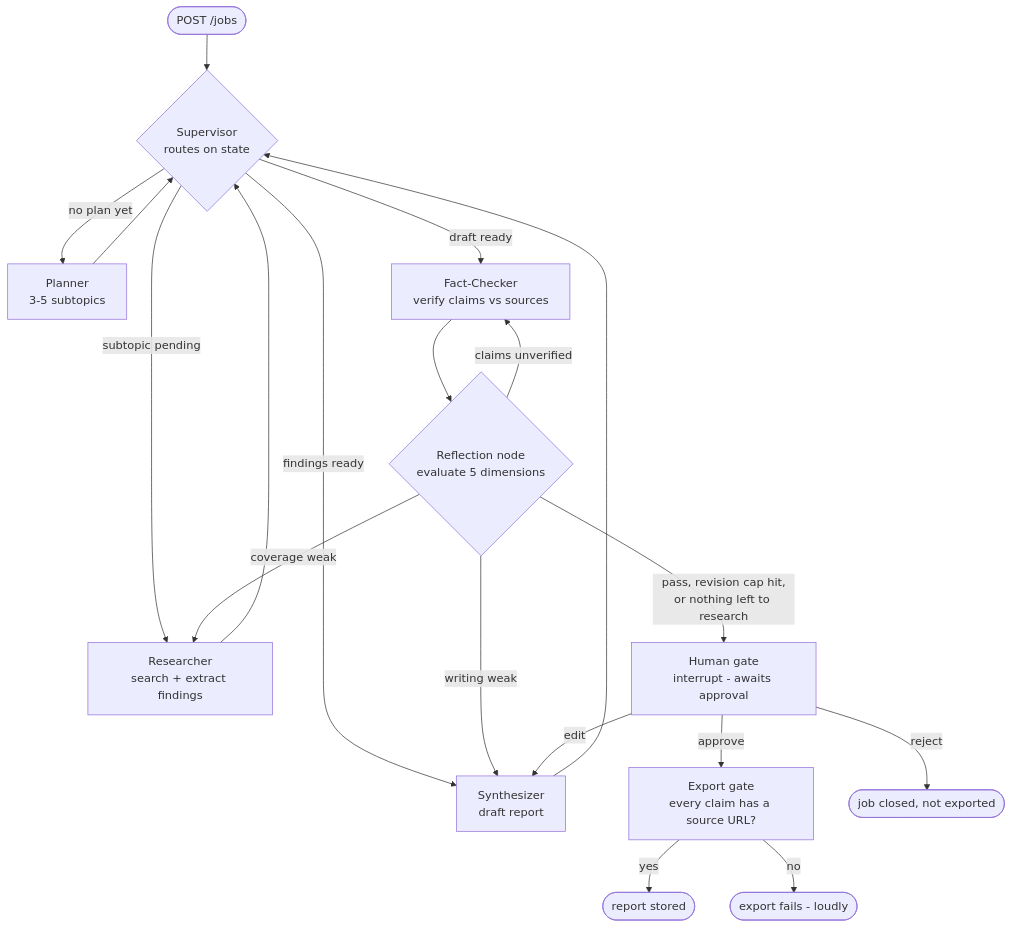
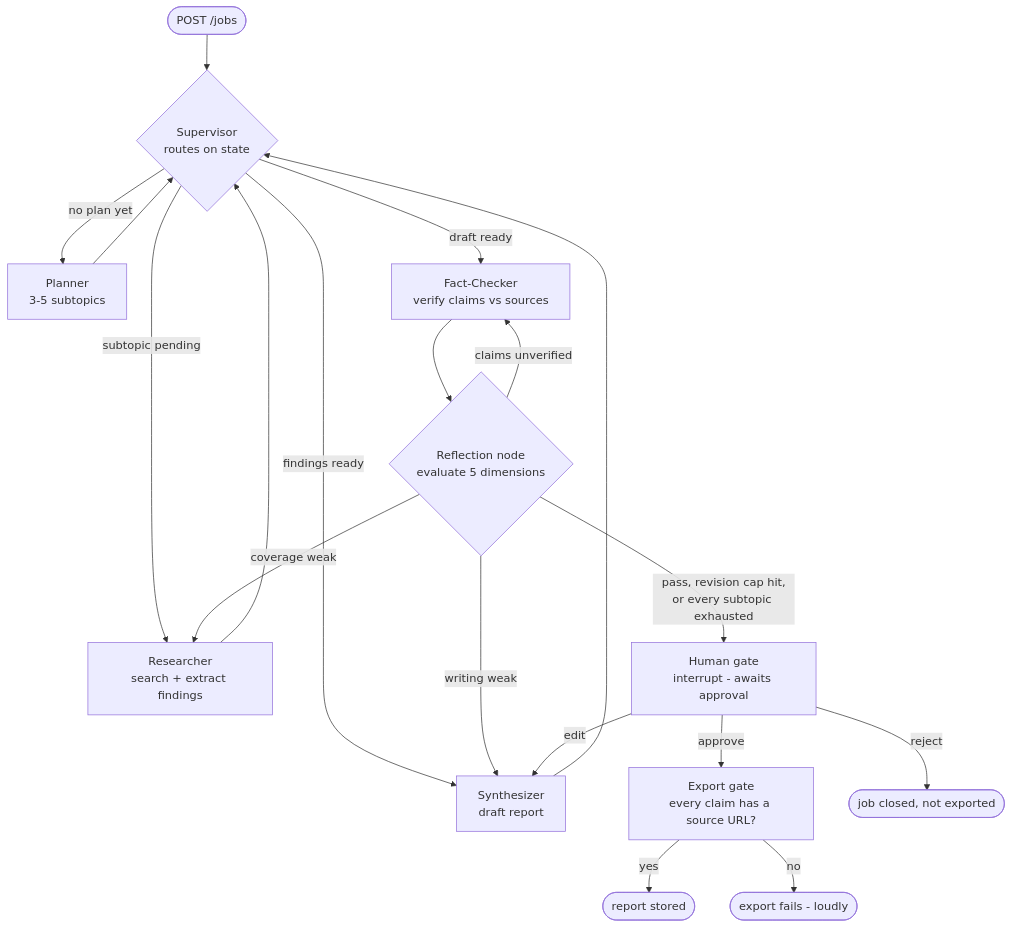
One commit to 02surajpatil02-afk/multi-agent-competitive-research-assistant changed the diagram in CLAUDE.md. Above: the diagram before and after it, drawn with Mermaid. The commit also changed other lines of this file and 4 other files, not shown here.

````diff
--- a/CLAUDE.md
+++ b/CLAUDE.md
@@ -120,26 +123,26 @@
 ```mermaid
 flowchart TD
     START(["POST /jobs"]) --> SUP{"Supervisor<br/>routes on state"}
 
     SUP -->|"no plan yet"| PLAN["Planner<br/>3-5 subtopics"]
     SUP -->|"subtopic pending"| RES["Researcher<br/>search + extract findings"]
     SUP -->|"findings ready"| SYN["Synthesizer<br/>draft report"]
     SUP -->|"draft ready"| FC["Fact-Checker<br/>verify claims vs sources"]
 
     PLAN --> SUP
     RES --> SUP
     SYN --> SUP
     FC --> REFL{"Reflection node<br/>evaluate 5 dimensions"}
 
     REFL -->|"coverage weak"| RES
     REFL -->|"writing weak"| SYN
     REFL -->|"claims unverified"| FC
-    REFL -->|"pass, revision cap hit,<br/>or nothing left to research"| GATE["Human gate<br/>interrupt - awaits approval"]
+    REFL -->|"pass, revision cap hit,<br/>or every subtopic exhausted"| GATE["Human gate<br/>interrupt - awaits approval"]
 
     GATE -->|"approve"| EXPORT["Export gate<br/>every claim has a source URL?"]
     GATE -->|"reject"| REJECTED(["job closed, not exported"])
     GATE -->|"edit"| SYN
 
     EXPORT -->|"yes"| DONE(["report stored"])
     EXPORT -->|"no"| FAILED(["export fails - loudly"])
 ```
````
